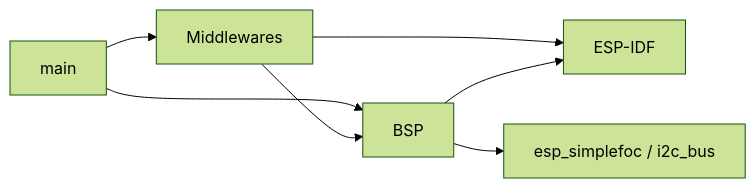
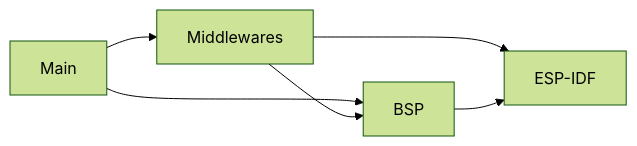
The fourth of 5 diagrams in docs/ADR-docs/architecture.md (welldone987/FOC_ESPIDF_balance_vehicle), drawn with Mermaid (forest theme) before and after one commit. The commit also changed other lines of this file and 32 other files, not shown here.

````diff
--- a/docs/ADR-docs/architecture.md
+++ b/docs/ADR-docs/architecture.md
@@ -504,9 +493,8 @@
 ```mermaid
 flowchart LR
-    Main["main"] --> MW["Middlewares"]
-    Main --> BSP["BSP"]
-    MW --> BSP
-    MW --> IDF["ESP-IDF"]
+    Main --> Middlewares
+    Main --> BSP
+    Middlewares --> BSP
+    Middlewares --> IDF[ESP-IDF]
     BSP --> IDF
-    BSP --> FOC["esp_simplefoc / i2c_bus"]
 ```
````
